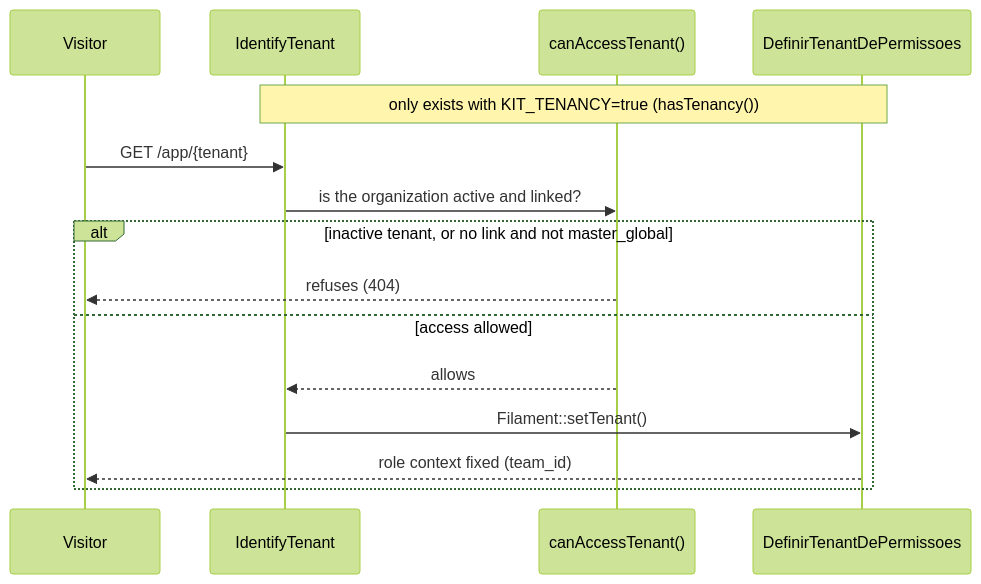
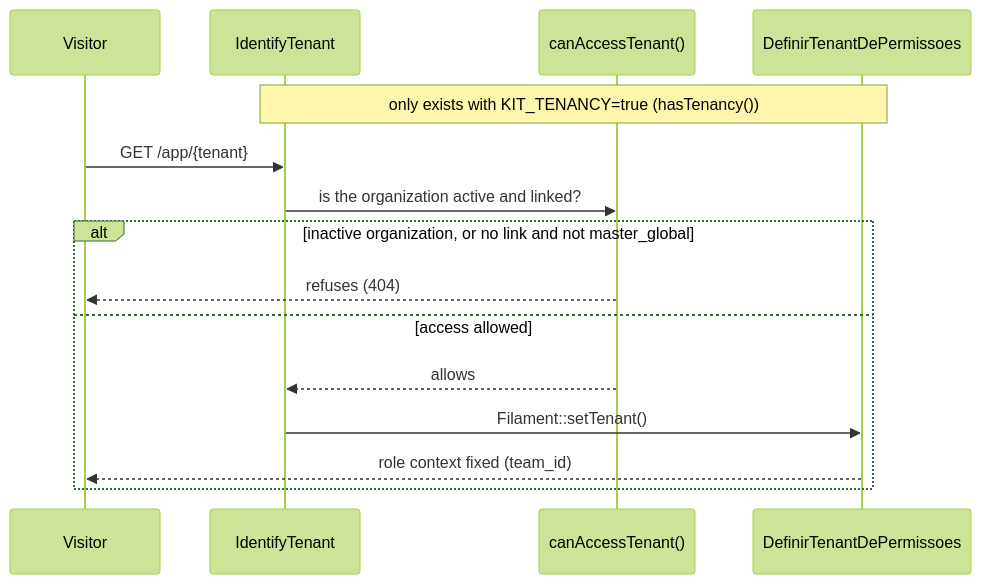
One commit to gsferro/filament-starter-kit-easy changed the diagram in docs/en/recursos/multi-tenancy.md. Above: the diagram before and after it, drawn with Mermaid (forest theme). The commit also changed 12 other files, not shown here.

First line of the commit message:
:lipstick: fix(site): os diagramas no tamanho natural, com rolagem no bloco, e os opcionais com a chave

````diff
--- a/docs/en/recursos/multi-tenancy.md
+++ b/docs/en/recursos/multi-tenancy.md
@@ -143,20 +143,20 @@
 ```mermaid
 sequenceDiagram
 %% DG-20
 accTitle: Request to /app/{tenant}
-accDescr: IdentifyTenant resolves the tenant from the route and calls canAccessTenant(); an inactive tenant, or one with no link and not master_global, answers 404, and only then does DefinirTenantDePermissoes fix the per-tenant role context.
+accDescr: IdentifyTenant resolves the tenant from the route and calls canAccessTenant(); an inactive organization, or one with no link and not master_global, answers 404, and only then does DefinirTenantDePermissoes fix the per-tenant role context.
   participant visitante as Visitor
   participant identify_tenant as IdentifyTenant
   participant can_access_tenant as canAccessTenant()
   participant definir_tenant as DefinirTenantDePermissoes
   Note over identify_tenant,definir_tenant: only exists with KIT_TENANCY=true (hasTenancy())
   visitante->>identify_tenant: GET /app/{tenant}
   identify_tenant->>can_access_tenant: is the organization active and linked?
-  alt inactive tenant, or no link and not master_global
+  alt inactive organization, or no link and not master_global
     can_access_tenant-->>visitante: refuses (404)
   else access allowed
     can_access_tenant-->>identify_tenant: allows
     identify_tenant->>definir_tenant: Filament::setTenant()
     definir_tenant-->>visitante: role context fixed (team_id)
   end
 ```
````
